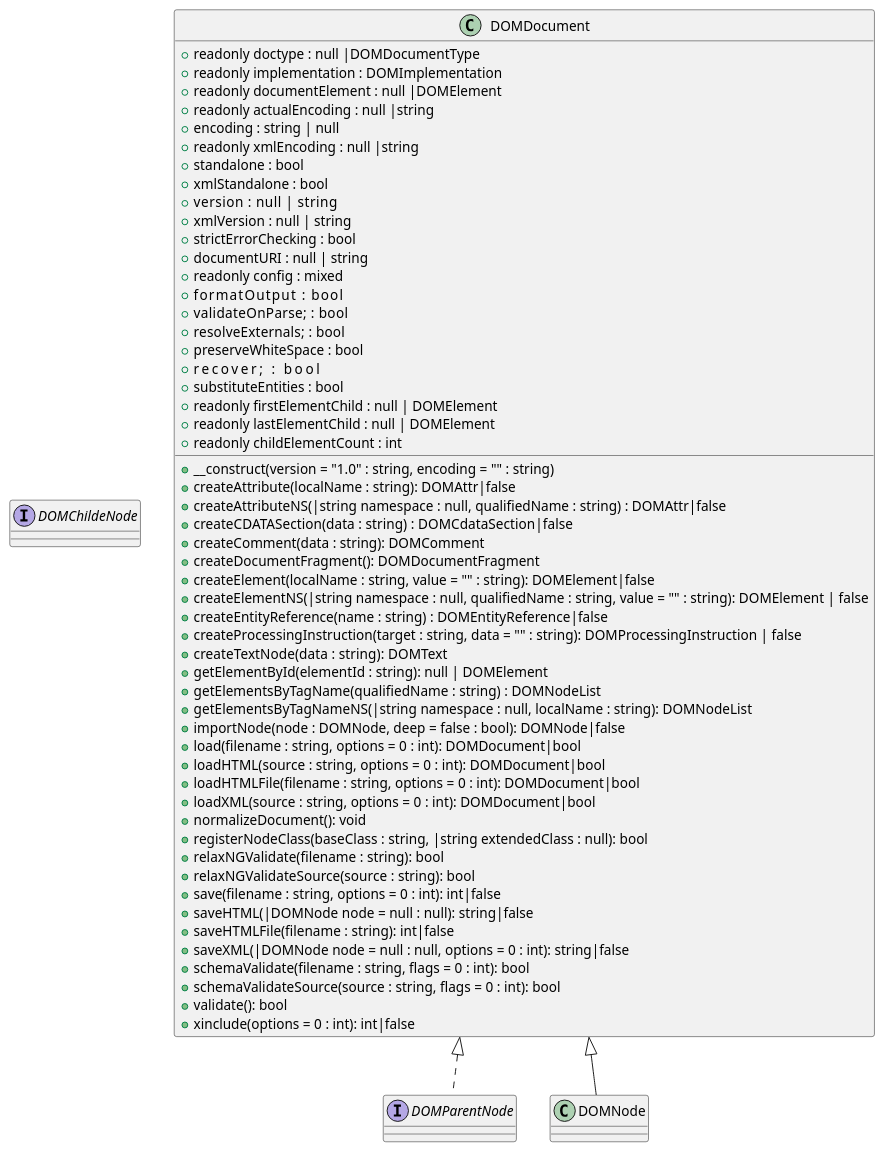
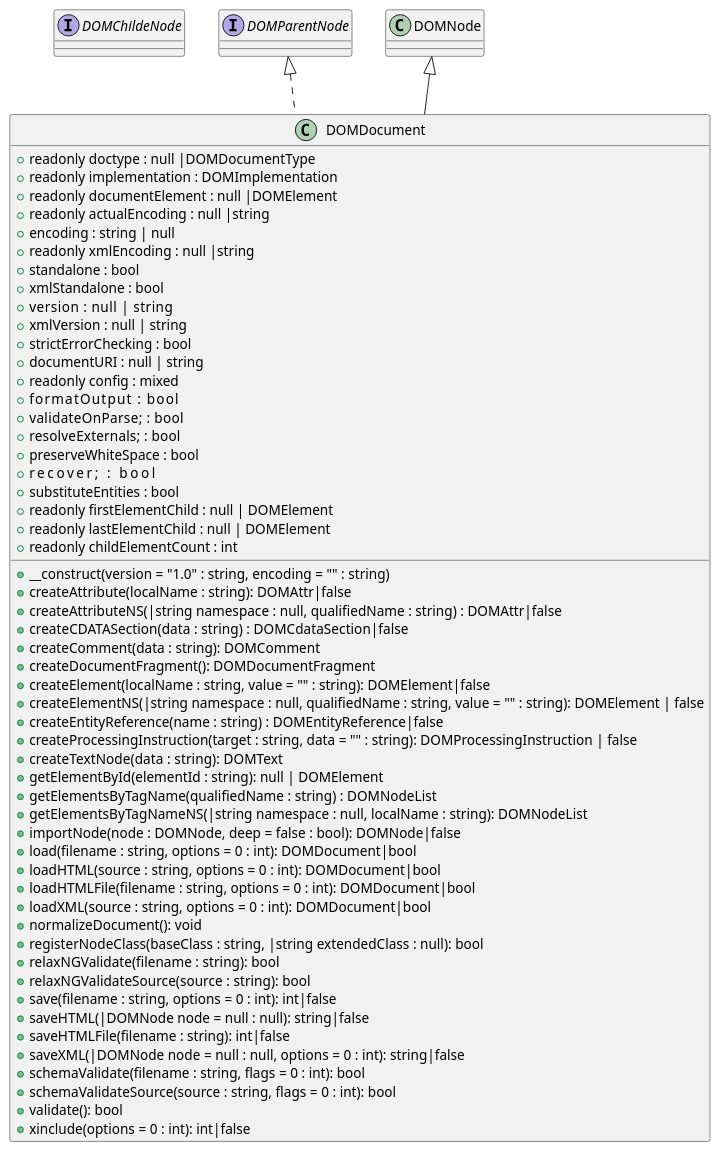
The diagram in dom/document.puml (kurt-krueckeberg/understanding-dom), drawn with PlantUML before and after one commit. The commit also changed 5 other files, not shown here.

```diff
--- a/dom/document.puml
+++ b/dom/document.puml
@@ -1,63 +1,64 @@
 @startuml
 interface DOMChildeNode
 interface DOMParentNode
-DOMDocument <|-- DOMNode
-DOMDocument <|.. DOMParentNode
+
+DOMNode       <|-- DOMDocument 
+DOMParentNode <|.. DOMDocument 
 
 class DOMDocument {
 
   +readonly doctype : null |DOMDocumentType
   +readonly implementation : DOMImplementation
   +readonly documentElement : null |DOMElement
   +readonly actualEncoding : null |string
   +encoding : string | null
   +readonly xmlEncoding : null |string
   +standalone : bool
   +xmlStandalone : bool
   +version    : null | string
   +xmlVersion : null | string 
   +strictErrorChecking : bool 
   +documentURI : null | string 
   +readonly config : mixed
   +formatOutput       : bool  
   +validateOnParse;   : bool 
   +resolveExternals;  : bool 
   +preserveWhiteSpace : bool 
   +recover;           : bool 
   +substituteEntities : bool 
   +readonly firstElementChild : null | DOMElement
   +readonly lastElementChild : null | DOMElement
   +readonly childElementCount : int
   +__construct(version = "1.0" : string, encoding = "" : string)
   +createAttribute(localName : string): DOMAttr|false
   +createAttributeNS(|string namespace : null, qualifiedName : string) : DOMAttr|false
   +createCDATASection(data : string) : DOMCdataSection|false
   +createComment(data : string): DOMComment
   +createDocumentFragment(): DOMDocumentFragment
   +createElement(localName : string, value = "" : string): DOMElement|false
   +createElementNS(|string namespace : null, qualifiedName : string, value = "" : string): DOMElement | false
   +createEntityReference(name : string) : DOMEntityReference|false
   +createProcessingInstruction(target : string, data = "" : string): DOMProcessingInstruction | false
   +createTextNode(data : string): DOMText
   +getElementById(elementId : string): null | DOMElement
   +getElementsByTagName(qualifiedName : string) : DOMNodeList
   +getElementsByTagNameNS(|string namespace : null, localName : string): DOMNodeList
   +importNode(node : DOMNode, deep = false : bool): DOMNode|false
   +load(filename : string, options = 0 : int): DOMDocument|bool
   +loadHTML(source : string, options = 0 : int): DOMDocument|bool
   +loadHTMLFile(filename : string, options = 0 : int): DOMDocument|bool
   +loadXML(source : string, options = 0 : int): DOMDocument|bool
   +normalizeDocument(): void
   +registerNodeClass(baseClass : string, |string extendedClass : null): bool
   +relaxNGValidate(filename : string): bool
   +relaxNGValidateSource(source : string): bool
   +save(filename : string, options = 0 : int): int|false
   +saveHTML(|DOMNode node = null : null): string|false
   +saveHTMLFile(filename : string): int|false
   +saveXML(|DOMNode node = null : null, options = 0 : int): string|false
   +schemaValidate(filename : string, flags = 0 : int): bool
   +schemaValidateSource(source : string, flags = 0 : int): bool
   +validate(): bool
   +xinclude(options = 0 : int): int|false
 }
 @enduml
```
